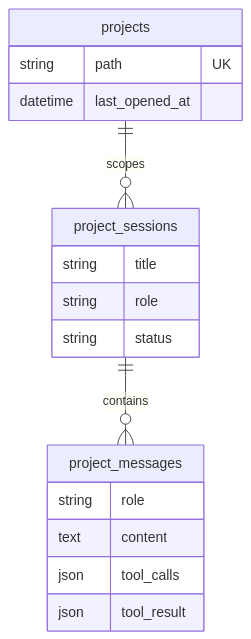
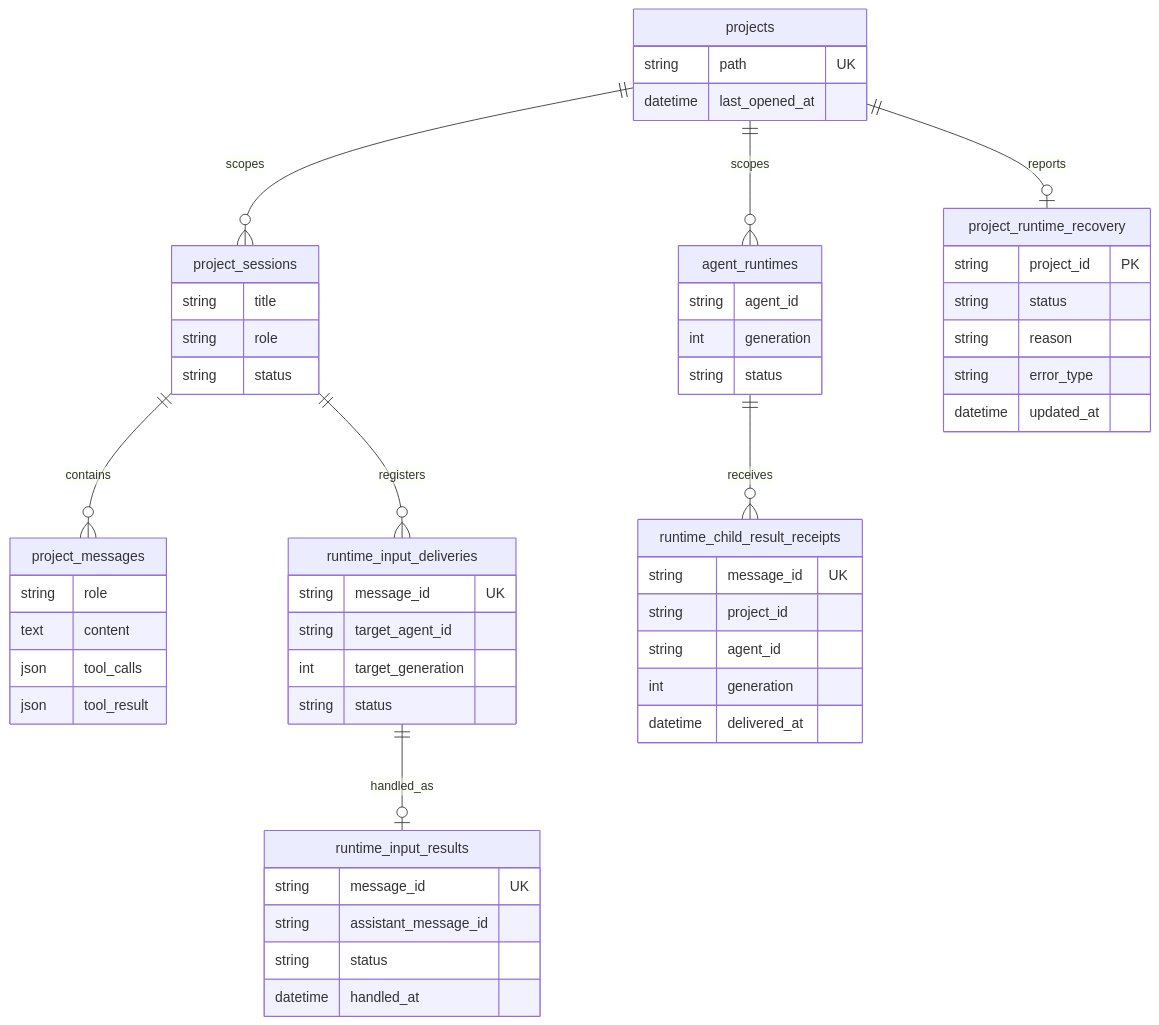
The diagram in docs/project/database_schema.md (zlz-ash/bridle), drawn with Mermaid before and after one commit. The commit also changed other lines of this file and 65 other files, not shown here.

````diff
--- a/docs/project/database_schema.md
+++ b/docs/project/database_schema.md
@@ -52,20 +67,56 @@
 ```mermaid
 erDiagram
   projects ||--o{ project_sessions : scopes
   project_sessions ||--o{ project_messages : contains
+  projects ||--o{ agent_runtimes : scopes
+  projects ||--o| project_runtime_recovery : reports
+  project_sessions ||--o{ runtime_input_deliveries : registers
+  runtime_input_deliveries ||--o| runtime_input_results : handled_as
+  agent_runtimes ||--o{ runtime_child_result_receipts : receives
   projects {
     string path UK
     datetime last_opened_at
   }
   project_sessions {
     string title
     string role
     string status
   }
   project_messages {
     string role
     text content
     json tool_calls
     json tool_result
   }
+  agent_runtimes {
+    string agent_id
+    int generation
+    string status
+  }
+  runtime_input_deliveries {
+    string message_id UK
+    string target_agent_id
+    int target_generation
+    string status
+  }
+  runtime_input_results {
+    string message_id UK
+    string assistant_message_id
+    string status
+    datetime handled_at
+  }
+  runtime_child_result_receipts {
+    string message_id UK
+    string project_id
+    string agent_id
+    int generation
+    datetime delivered_at
+  }
+  project_runtime_recovery {
+    string project_id PK
+    string status
+    string reason
+    string error_type
+    datetime updated_at
+  }
 ```
````
